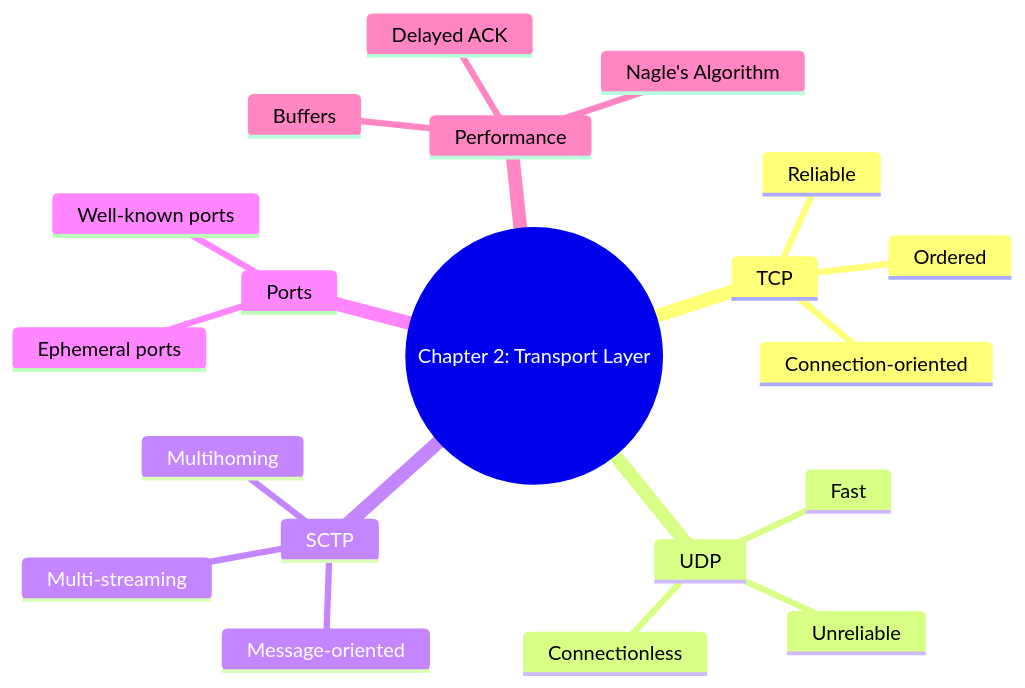
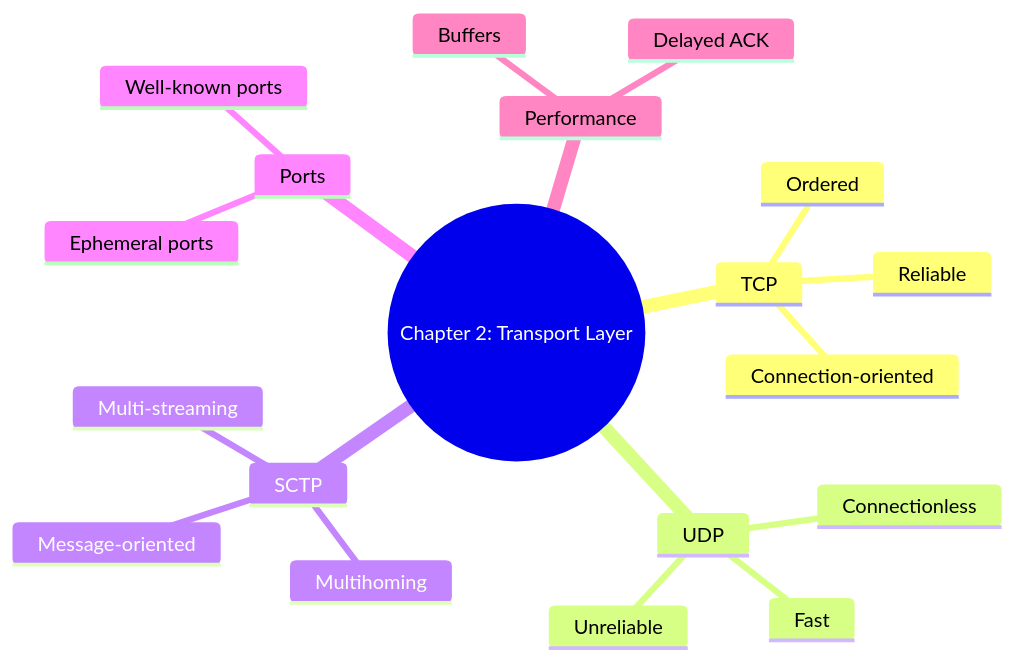
The first of 4 diagrams in Unix Network/Chapter2.md (Frozen-Potato/WhateverTheFuckThisIs), drawn with Mermaid before and after one commit.

````diff
--- a/Unix Network/Chapter2.md
+++ b/Unix Network/Chapter2.md
@@ -5,23 +5,22 @@
 ```mermaid
 mindmap
   root((Chapter 2: Transport Layer))
     TCP
       Reliable
       Connection-oriented
       Ordered
     UDP
       Fast
       Connectionless
       Unreliable
     SCTP
       Message-oriented
       Multi-streaming
       Multihoming
     Ports
       Well-known ports
       Ephemeral ports
     Performance
       Buffers
-      Nagle's Algorithm
       Delayed ACK
 ```
````
